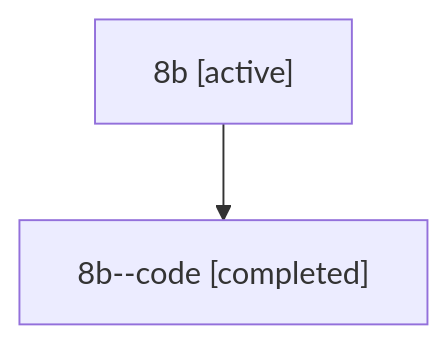
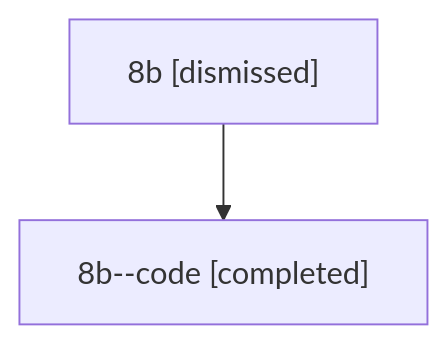
Before and after one commit to sase-org/sase--agents: the diagram in sessions/bbugyi200.athena.8b.md, drawn with Mermaid. The commit also changed other lines of this file and 33 other files, not shown here.

````diff
--- a/sessions/bbugyi200.athena.8b.md
+++ b/sessions/bbugyi200.athena.8b.md
@@ -9,6 +9,6 @@
 ```mermaid
 flowchart TD
-  n0["8b [active]"]
+  n0["8b [dismissed]"]
   n1["8b--code [completed]"]
   n0 --> n1
 ```
````
